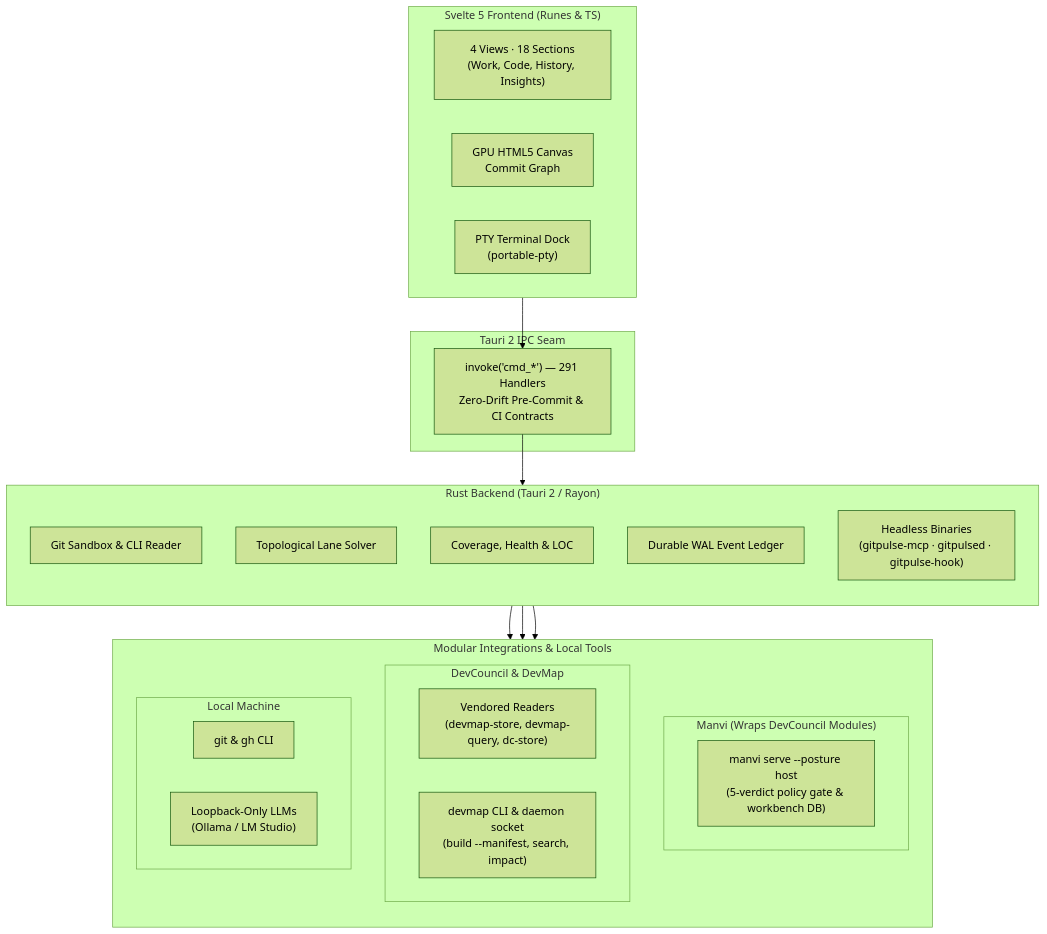
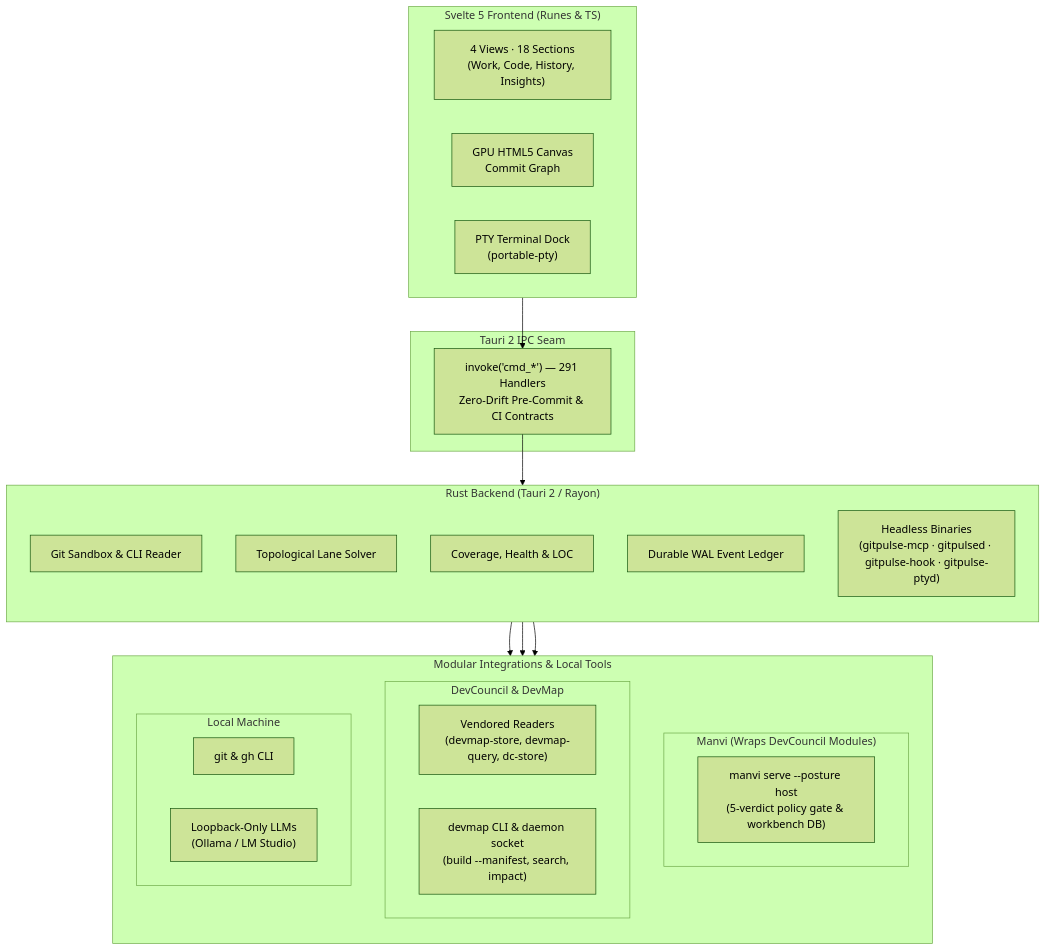
One commit to bharathvbcr/GitPulse changed the diagram in README.md. Above: the diagram before and after it, drawn with Mermaid (forest theme). The commit also changed other lines of this file and 13 other files, not shown here.

First line of the commit message:
docs: the MCP server writes the task board; counts, schemas and binaries re-read

````diff
--- a/README.md
+++ b/README.md
@@ -123,43 +123,43 @@
 ```mermaid
 flowchart TB
     subgraph Frontend["Svelte 5 Frontend (Runes & TS)"]
         direction LR
         Views["4 Views · 18 Sections<br/>(Work, Code, History, Insights)"]
         Canvas["GPU HTML5 Canvas<br/>Commit Graph"]
         TerminalDock["PTY Terminal Dock<br/>(portable-pty)"]
     end
 
     subgraph IPC["Tauri 2 IPC Seam"]
         Bridge["invoke('cmd_*') — 291 Handlers<br/>Zero-Drift Pre-Commit & CI Contracts"]
     end
 
     subgraph Backend["Rust Backend (Tauri 2 / Rayon)"]
         direction TB
         GitEngine["Git Sandbox & CLI Reader"]
         LaneSolver["Topological Lane Solver"]
         Analyzers["Coverage, Health & LOC"]
         Ledger["Durable WAL Event Ledger"]
-        Headless["Headless Binaries<br/>(gitpulse-mcp · gitpulsed · gitpulse-hook)"]
+        Headless["Headless Binaries<br/>(gitpulse-mcp · gitpulsed · gitpulse-hook · gitpulse-ptyd)"]
     end
 
     subgraph Integrations["Modular Integrations & Local Tools"]
         direction TB
         subgraph ManviWrap["Manvi (Wraps DevCouncil Modules)"]
             ManviSidecar["manvi serve --posture host<br/>(5-verdict policy gate & workbench DB)"]
         end
         subgraph DevCouncilMods["DevCouncil & DevMap"]
             Vendored["Vendored Readers<br/>(devmap-store, devmap-query, dc-store)"]
             DevMapCLI["devmap CLI & daemon socket<br/>(build --manifest, search, impact)"]
         end
         subgraph LocalTools["Local Machine"]
             CLI["git & gh CLI"]
             LocalLLM["Loopback-Only LLMs<br/>(Ollama / LM Studio)"]
         end
     end
 
     Frontend --> Bridge
     Bridge --> Backend
     Backend --> ManviWrap
     Backend --> DevCouncilMods
     Backend --> LocalTools
 ```
````
